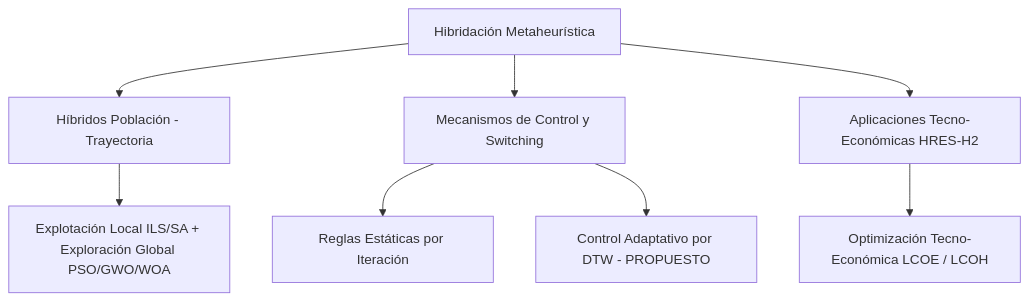
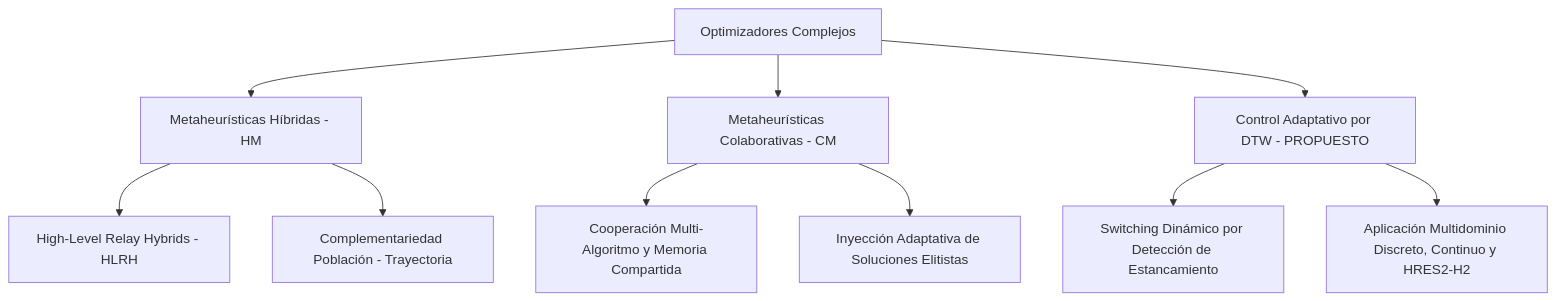
One commit to lukipuki0/mkp_lb2 changed the diagram in paper/introduccion_y_estado_del_arte.md. Above: the diagram before and after it, drawn with Mermaid. The commit also changed other lines of this file and 47 other files, not shown here.

````diff
--- a/paper/introduccion_y_estado_del_arte.md
+++ b/paper/introduccion_y_estado_del_arte.md
@@ -44,11 +44,15 @@
 ```mermaid
 graph TD
-    A[Hibridación Metaheurística] --> B[Híbridos Población - Trayectoria]
-    A --> C[Mecanismos de Control y Switching]
-    A --> D[Aplicaciones Tecno-Económicas HRES-H2]
+    A[Optimizadores Complejos] --> B[Metaheurísticas Híbridas - HM]
+    A --> C[Metaheurísticas Colaborativas - CM]
+    A --> D[Control Adaptativo por DTW - PROPUESTO]
     
-    B --> B1[Explotación Local ILS/SA + Exploración Global PSO/GWO/WOA]
-    C --> C1[Reglas Estáticas por Iteración]
-    C --> C2[Control Adaptativo por DTW - PROPUESTO]
-    D --> D1[Optimización Tecno-Económica LCOE / LCOH]
+    B --> B1[High-Level Relay Hybrids - HLRH]
+    B --> B2[Complementariedad Población - Trayectoria]
+    
+    C --> C1[Cooperación Multi-Algoritmo y Memoria Compartida]
+    C --> C2[Inyección Adaptativa de Soluciones Elitistas]
+    
+    D --> D1[Switching Dinámico por Detección de Estancamiento]
+    D --> D2[Aplicación Multidominio Discreto, Continuo y HRES2-H2]
 ```
````
